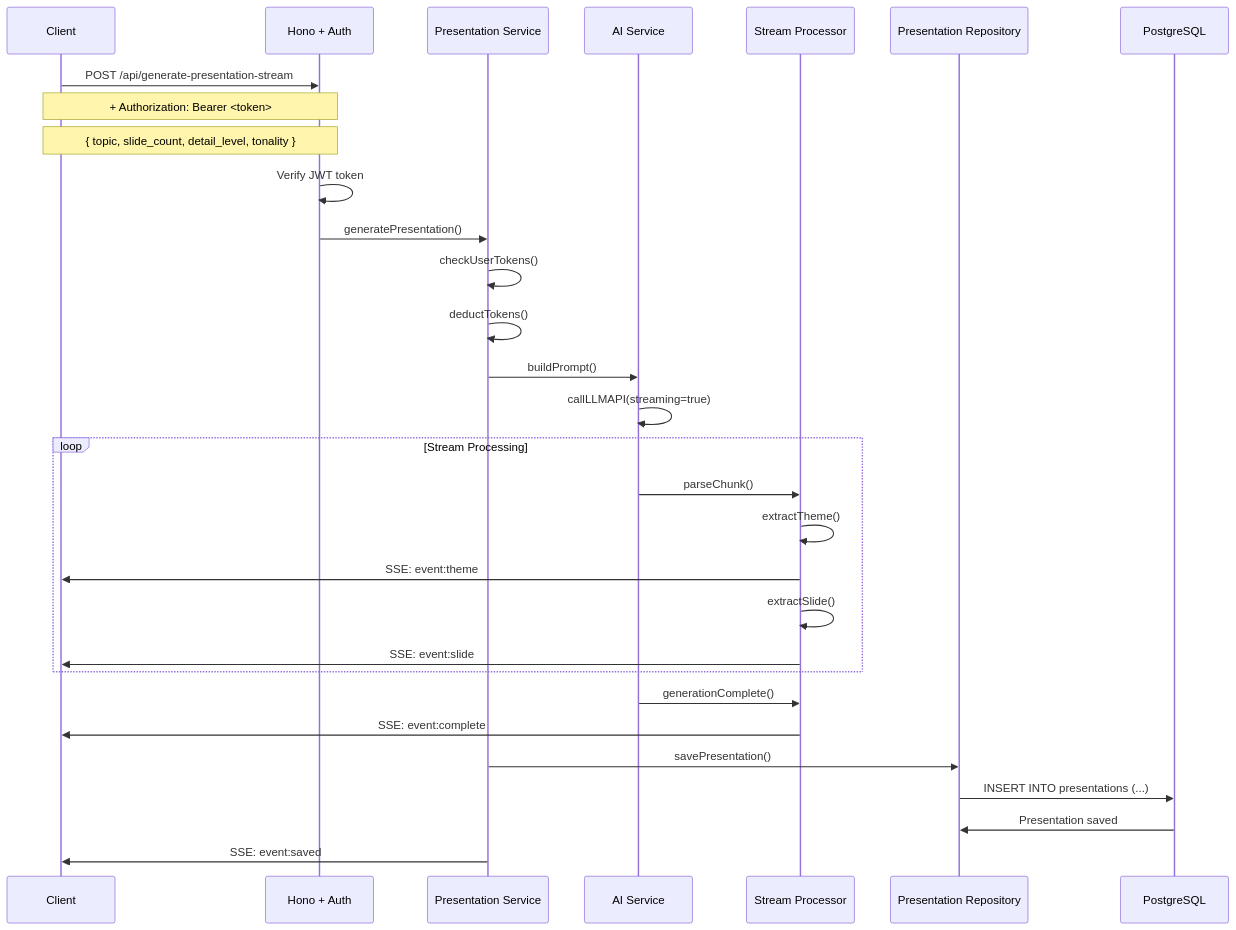
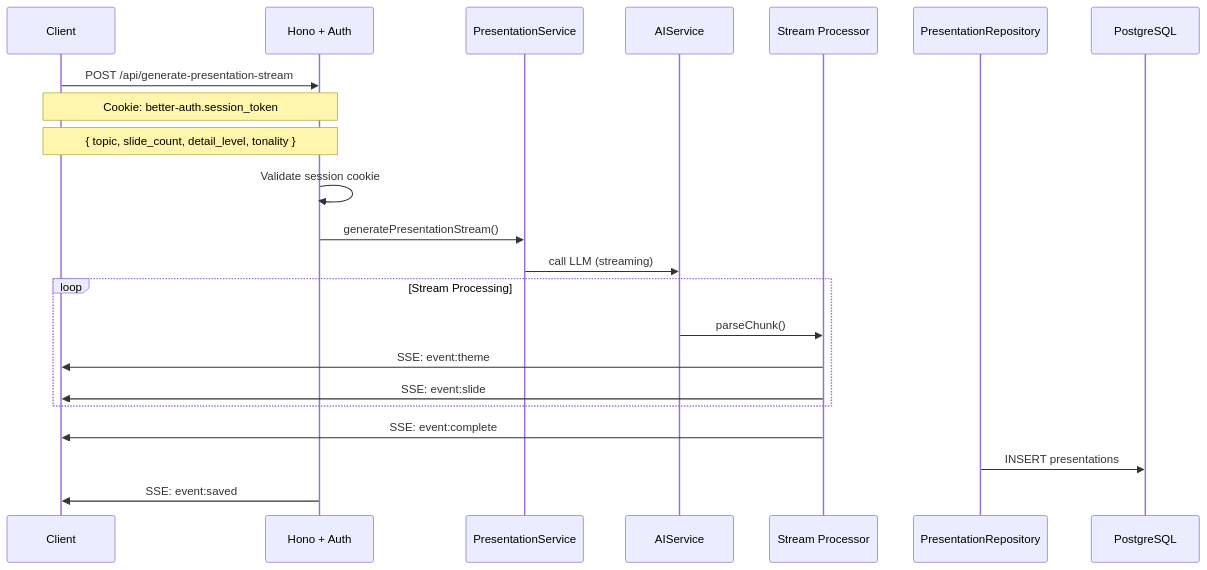
One commit to SINGH-RAJVEER/slidesage changed the third of 6 diagrams in docs/REQUEST_FLOWS.md. Above: the diagram before and after it, drawn with Mermaid. The commit also changed other lines of this file and 63 other files, not shown here.

````diff
--- a/docs/REQUEST_FLOWS.md
+++ b/docs/REQUEST_FLOWS.md
@@ -36,41 +52,29 @@
 ```mermaid
 sequenceDiagram
     participant Client as Client
     participant Hono as Hono + Auth
-    participant PresService as Presentation Service
-    participant AI as AI Service
+    participant PresService as PresentationService
+    participant AI as AIService
     participant Stream as Stream Processor
-    participant PresRepo as Presentation Repository
+    participant PresRepo as PresentationRepository
     participant DB as PostgreSQL
 
     Client->>Hono: POST /api/generate-presentation-stream
-    Note over Client,Hono: + Authorization: Bearer <token>
+    Note over Client,Hono: Cookie: better-auth.session_token
     Note over Client,Hono: { topic, slide_count, detail_level, tonality }
 
-    Hono->>Hono: Verify JWT token
-    Hono->>PresService: generatePresentation()
+    Hono->>Hono: Validate session cookie
+    Hono->>PresService: generatePresentationStream()
 
-    PresService->>PresService: checkUserTokens()
-    PresService->>PresService: deductTokens()
-
-    PresService->>AI: buildPrompt()
-    AI->>AI: callLLMAPI(streaming=true)
+    PresService->>AI: call LLM (streaming)
 
     loop Stream Processing
         AI->>Stream: parseChunk()
-        Stream->>Stream: extractTheme()
         Stream->>Client: SSE: event:theme
-
-        Stream->>Stream: extractSlide()
         Stream->>Client: SSE: event:slide
     end
 
-    AI->>Stream: generationComplete()
     Stream->>Client: SSE: event:complete
-
-    PresService->>PresRepo: savePresentation()
-    PresRepo->>DB: INSERT INTO presentations (...)
-    DB->>PresRepo: Presentation saved
-
-    PresService->>Client: SSE: event:saved
+    PresRepo->>DB: INSERT presentations
+    Hono->>Client: SSE: event:saved
 ```
````
